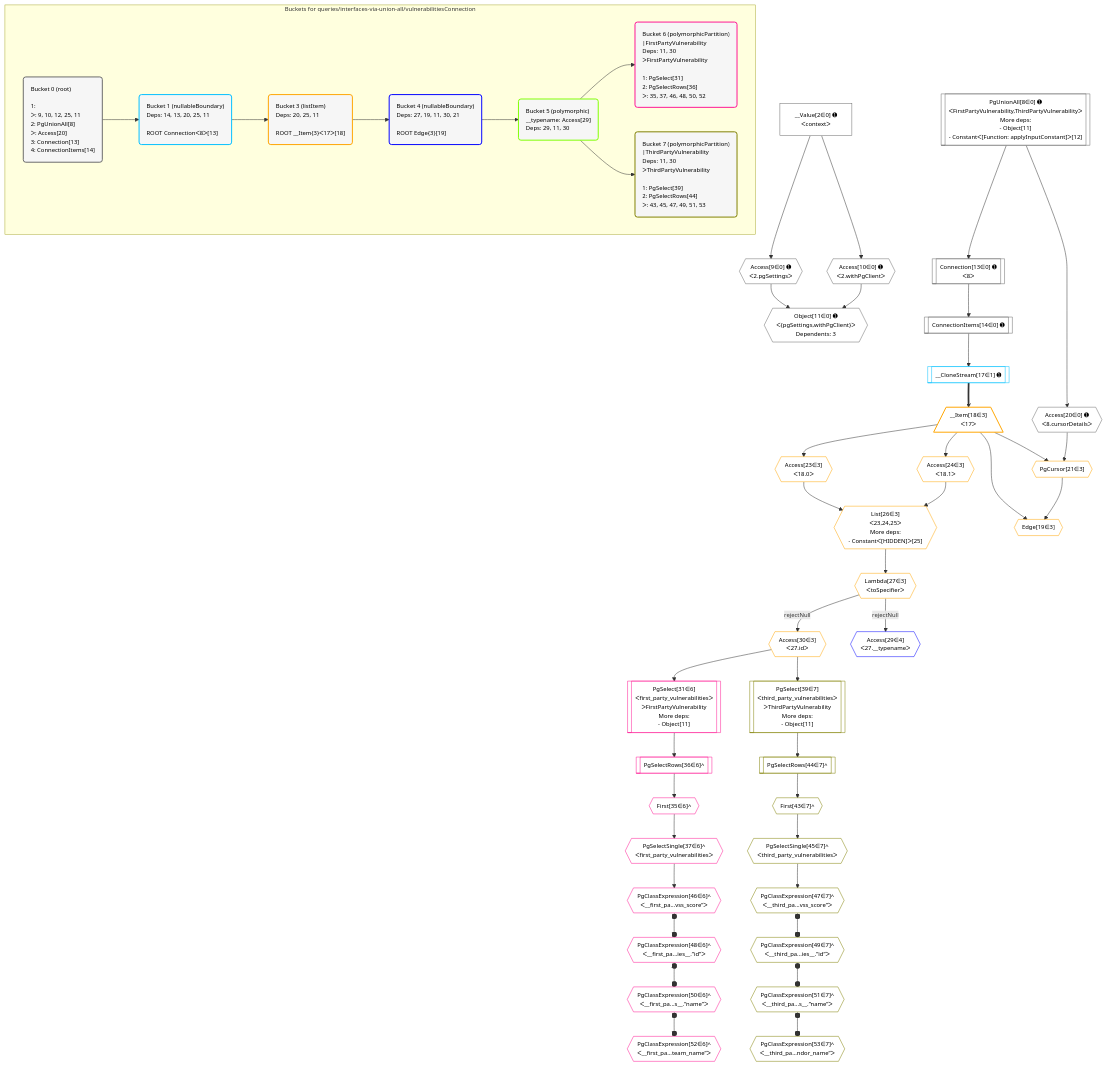
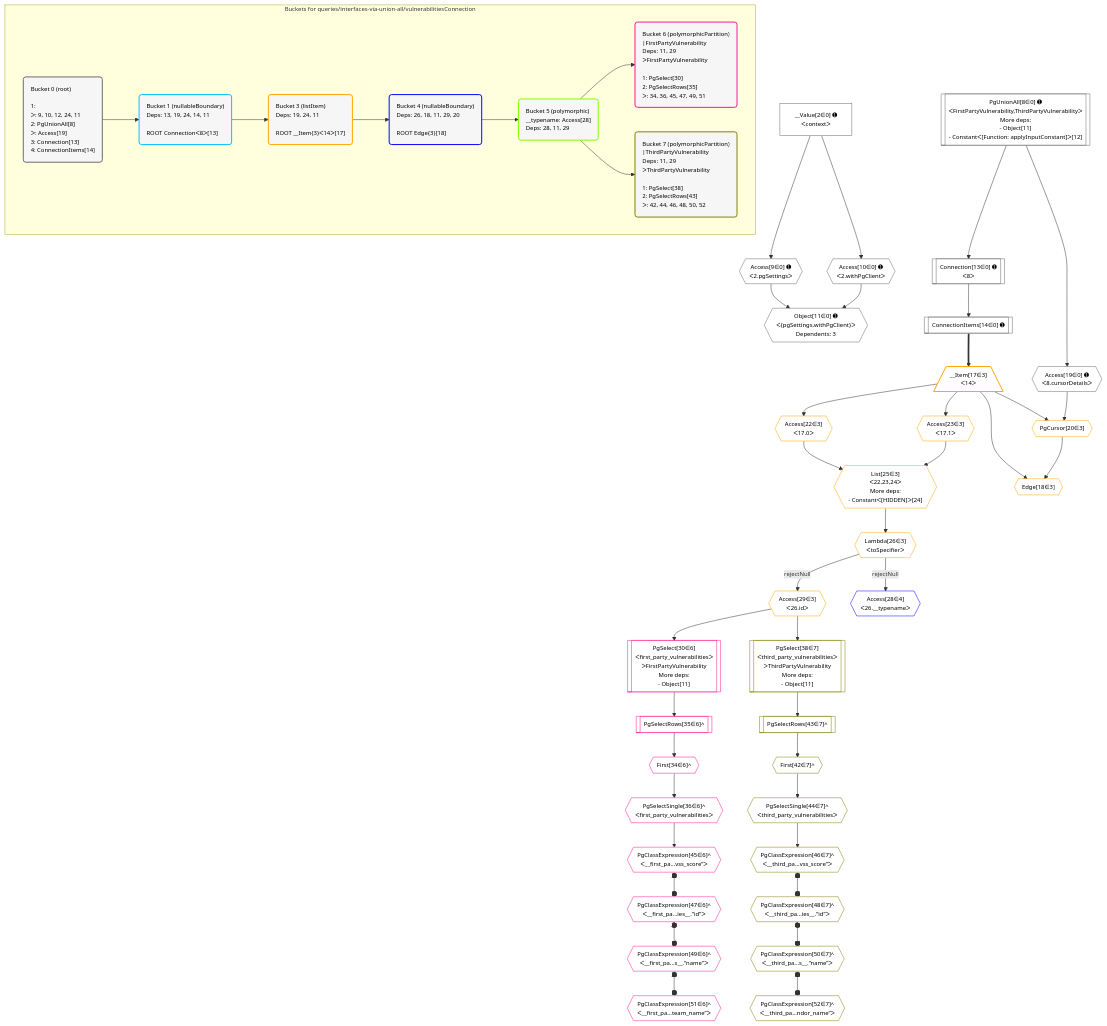
One commit to benjaie/crystal changed the diagram in grafast/dataplan-pg/__tests__/queries/interfaces-via-union-all/vulnerabilitiesConnection.mermaid. Above: the diagram before and after it, drawn with Mermaid. The commit also changed 295 other files, not shown here.

```diff
--- a/grafast/dataplan-pg/__tests__/queries/interfaces-via-union-all/vulnerabilitiesConnection.mermaid
+++ b/grafast/dataplan-pg/__tests__/queries/interfaces-via-union-all/vulnerabilitiesConnection.mermaid
@@ -1,107 +1,105 @@
 %%{init: {'themeVariables': { 'fontSize': '12px'}}}%%
 graph TD
     classDef path fill:#eee,stroke:#000,color:#000
     classDef plan fill:#fff,stroke-width:1px,color:#000
     classDef itemplan fill:#fff,stroke-width:2px,color:#000
     classDef unbatchedplan fill:#dff,stroke-width:1px,color:#000
     classDef sideeffectplan fill:#fcc,stroke-width:2px,color:#000
     classDef bucket fill:#f6f6f6,color:#000,stroke-width:2px,text-align:left
 
     subgraph "Buckets for queries/interfaces-via-union-all/vulnerabilitiesConnection"
-    Bucket0("Bucket 0 (root)<br /><br />1: <br />ᐳ: 9, 10, 12, 25, 11<br />2: PgUnionAll[8]<br />ᐳ: Access[20]<br />3: Connection[13]<br />4: ConnectionItems[14]"):::bucket
-    Bucket1("Bucket 1 (nullableBoundary)<br />Deps: 14, 13, 20, 25, 11<br /><br />ROOT Connectionᐸ8ᐳ[13]"):::bucket
-    Bucket3("Bucket 3 (listItem)<br />Deps: 20, 25, 11<br /><br />ROOT __Item{3}ᐸ17ᐳ[18]"):::bucket
-    Bucket4("Bucket 4 (nullableBoundary)<br />Deps: 27, 19, 11, 30, 21<br /><br />ROOT Edge{3}[19]"):::bucket
-    Bucket5("Bucket 5 (polymorphic)<br />__typename: Access[29]<br />Deps: 29, 11, 30"):::bucket
-    Bucket6("Bucket 6 (polymorphicPartition)<br />|FirstPartyVulnerability<br />Deps: 11, 30<br />ᐳFirstPartyVulnerability<br /><br />1: PgSelect[31]<br />2: PgSelectRows[36]<br />ᐳ: 35, 37, 46, 48, 50, 52"):::bucket
-    Bucket7("Bucket 7 (polymorphicPartition)<br />|ThirdPartyVulnerability<br />Deps: 11, 30<br />ᐳThirdPartyVulnerability<br /><br />1: PgSelect[39]<br />2: PgSelectRows[44]<br />ᐳ: 43, 45, 47, 49, 51, 53"):::bucket
+    Bucket0("Bucket 0 (root)<br /><br />1: <br />ᐳ: 9, 10, 12, 24, 11<br />2: PgUnionAll[8]<br />ᐳ: Access[19]<br />3: Connection[13]<br />4: ConnectionItems[14]"):::bucket
+    Bucket1("Bucket 1 (nullableBoundary)<br />Deps: 13, 19, 24, 14, 11<br /><br />ROOT Connectionᐸ8ᐳ[13]"):::bucket
+    Bucket3("Bucket 3 (listItem)<br />Deps: 19, 24, 11<br /><br />ROOT __Item{3}ᐸ14ᐳ[17]"):::bucket
+    Bucket4("Bucket 4 (nullableBoundary)<br />Deps: 26, 18, 11, 29, 20<br /><br />ROOT Edge{3}[18]"):::bucket
+    Bucket5("Bucket 5 (polymorphic)<br />__typename: Access[28]<br />Deps: 28, 11, 29"):::bucket
+    Bucket6("Bucket 6 (polymorphicPartition)<br />|FirstPartyVulnerability<br />Deps: 11, 29<br />ᐳFirstPartyVulnerability<br /><br />1: PgSelect[30]<br />2: PgSelectRows[35]<br />ᐳ: 34, 36, 45, 47, 49, 51"):::bucket
+    Bucket7("Bucket 7 (polymorphicPartition)<br />|ThirdPartyVulnerability<br />Deps: 11, 29<br />ᐳThirdPartyVulnerability<br /><br />1: PgSelect[38]<br />2: PgSelectRows[43]<br />ᐳ: 42, 44, 46, 48, 50, 52"):::bucket
     end
     Bucket0 --> Bucket1
     Bucket1 --> Bucket3
     Bucket3 --> Bucket4
     Bucket4 --> Bucket5
     Bucket5 --> Bucket6 & Bucket7
 
     %% plan dependencies
     PgUnionAll8[["PgUnionAll[8∈0] ➊<br />ᐸFirstPartyVulnerability,ThirdPartyVulnerabilityᐳ<br />More deps:<br />- Object[11]<br />- Constantᐸ[Function: applyInputConstant]ᐳ[12]"]]:::plan
     Object11{{"Object[11∈0] ➊<br />ᐸ{pgSettings,withPgClient}ᐳ<br />Dependents: 3"}}:::plan
     Access9{{"Access[9∈0] ➊<br />ᐸ2.pgSettingsᐳ"}}:::plan
     Access10{{"Access[10∈0] ➊<br />ᐸ2.withPgClientᐳ"}}:::plan
     Access9 & Access10 --> Object11
     __Value2["__Value[2∈0] ➊<br />ᐸcontextᐳ"]:::plan
     __Value2 --> Access9
     __Value2 --> Access10
     Connection13[["Connection[13∈0] ➊<br />ᐸ8ᐳ"]]:::plan
     PgUnionAll8 --> Connection13
     ConnectionItems14[["ConnectionItems[14∈0] ➊"]]:::plan
     Connection13 --> ConnectionItems14
-    Access20{{"Access[20∈0] ➊<br />ᐸ8.cursorDetailsᐳ"}}:::plan
-    PgUnionAll8 --> Access20
-    __CloneStream17[["__CloneStream[17∈1] ➊"]]:::plan
-    ConnectionItems14 --> __CloneStream17
-    List26{{"List[26∈3]<br />ᐸ23,24,25ᐳ<br />More deps:<br />- Constantᐸ[HIDDEN]ᐳ[25]"}}:::plan
-    Access23{{"Access[23∈3]<br />ᐸ18.0ᐳ"}}:::plan
-    Access24{{"Access[24∈3]<br />ᐸ18.1ᐳ"}}:::plan
-    Access23 & Access24 --> List26
-    Edge19{{"Edge[19∈3]"}}:::plan
-    __Item18[/"__Item[18∈3]<br />ᐸ17ᐳ"\]:::itemplan
-    PgCursor21{{"PgCursor[21∈3]"}}:::plan
-    __Item18 & PgCursor21 --> Edge19
-    __Item18 & Access20 --> PgCursor21
-    __CloneStream17 ==> __Item18
-    __Item18 --> Access23
-    __Item18 --> Access24
-    Lambda27{{"Lambda[27∈3]<br />ᐸtoSpecifierᐳ"}}:::plan
-    List26 --> Lambda27
-    Access30{{"Access[30∈3]<br />ᐸ27.idᐳ"}}:::plan
-    Lambda27 -->|rejectNull| Access30
-    Access29{{"Access[29∈4]<br />ᐸ27.__typenameᐳ"}}:::plan
-    Lambda27 -->|rejectNull| Access29
-    PgSelect31[["PgSelect[31∈6]<br />ᐸfirst_party_vulnerabilitiesᐳ<br />ᐳFirstPartyVulnerability<br />More deps:<br />- Object[11]"]]:::plan
-    Access30 --> PgSelect31
-    First35{{"First[35∈6]^"}}:::plan
-    PgSelectRows36[["PgSelectRows[36∈6]^"]]:::plan
-    PgSelectRows36 --> First35
-    PgSelect31 --> PgSelectRows36
-    PgSelectSingle37{{"PgSelectSingle[37∈6]^<br />ᐸfirst_party_vulnerabilitiesᐳ"}}:::plan
-    First35 --> PgSelectSingle37
-    PgClassExpression46{{"PgClassExpression[46∈6]^<br />ᐸ__first_pa...vss_score”ᐳ"}}:::plan
-    PgSelectSingle37 --> PgClassExpression46
-    PgClassExpression48{{"PgClassExpression[48∈6]^<br />ᐸ__first_pa...ies__.”id”ᐳ"}}:::plan
+    Access19{{"Access[19∈0] ➊<br />ᐸ8.cursorDetailsᐳ"}}:::plan
+    PgUnionAll8 --> Access19
+    List25{{"List[25∈3]<br />ᐸ22,23,24ᐳ<br />More deps:<br />- Constantᐸ[HIDDEN]ᐳ[24]"}}:::plan
+    Access22{{"Access[22∈3]<br />ᐸ17.0ᐳ"}}:::plan
+    Access23{{"Access[23∈3]<br />ᐸ17.1ᐳ"}}:::plan
+    Access22 & Access23 --> List25
+    Edge18{{"Edge[18∈3]"}}:::plan
+    __Item17[/"__Item[17∈3]<br />ᐸ14ᐳ"\]:::itemplan
+    PgCursor20{{"PgCursor[20∈3]"}}:::plan
+    __Item17 & PgCursor20 --> Edge18
+    __Item17 & Access19 --> PgCursor20
+    ConnectionItems14 ==> __Item17
+    __Item17 --> Access22
+    __Item17 --> Access23
+    Lambda26{{"Lambda[26∈3]<br />ᐸtoSpecifierᐳ"}}:::plan
+    List25 --> Lambda26
+    Access29{{"Access[29∈3]<br />ᐸ26.idᐳ"}}:::plan
+    Lambda26 -->|rejectNull| Access29
+    Access28{{"Access[28∈4]<br />ᐸ26.__typenameᐳ"}}:::plan
+    Lambda26 -->|rejectNull| Access28
+    PgSelect30[["PgSelect[30∈6]<br />ᐸfirst_party_vulnerabilitiesᐳ<br />ᐳFirstPartyVulnerability<br />More deps:<br />- Object[11]"]]:::plan
+    Access29 --> PgSelect30
+    First34{{"First[34∈6]^"}}:::plan
+    PgSelectRows35[["PgSelectRows[35∈6]^"]]:::plan
+    PgSelectRows35 --> First34
+    PgSelect30 --> PgSelectRows35
+    PgSelectSingle36{{"PgSelectSingle[36∈6]^<br />ᐸfirst_party_vulnerabilitiesᐳ"}}:::plan
+    First34 --> PgSelectSingle36
+    PgClassExpression45{{"PgClassExpression[45∈6]^<br />ᐸ__first_pa...vss_score”ᐳ"}}:::plan
+    PgSelectSingle36 --> PgClassExpression45
+    PgClassExpression47{{"PgClassExpression[47∈6]^<br />ᐸ__first_pa...ies__.”id”ᐳ"}}:::plan
+    PgClassExpression45 o--o PgClassExpression47
+    PgClassExpression49{{"PgClassExpression[49∈6]^<br />ᐸ__first_pa...s__.”name”ᐳ"}}:::plan
+    PgClassExpression47 o--o PgClassExpression49
+    PgClassExpression51{{"PgClassExpression[51∈6]^<br />ᐸ__first_pa...team_name”ᐳ"}}:::plan
+    PgClassExpression49 o--o PgClassExpression51
+    PgSelect38[["PgSelect[38∈7]<br />ᐸthird_party_vulnerabilitiesᐳ<br />ᐳThirdPartyVulnerability<br />More deps:<br />- Object[11]"]]:::plan
+    Access29 --> PgSelect38
+    First42{{"First[42∈7]^"}}:::plan
+    PgSelectRows43[["PgSelectRows[43∈7]^"]]:::plan
+    PgSelectRows43 --> First42
+    PgSelect38 --> PgSelectRows43
+    PgSelectSingle44{{"PgSelectSingle[44∈7]^<br />ᐸthird_party_vulnerabilitiesᐳ"}}:::plan
+    First42 --> PgSelectSingle44
+    PgClassExpression46{{"PgClassExpression[46∈7]^<br />ᐸ__third_pa...vss_score”ᐳ"}}:::plan
+    PgSelectSingle44 --> PgClassExpression46
+    PgClassExpression48{{"PgClassExpression[48∈7]^<br />ᐸ__third_pa...ies__.”id”ᐳ"}}:::plan
     PgClassExpression46 o--o PgClassExpression48
-    PgClassExpression50{{"PgClassExpression[50∈6]^<br />ᐸ__first_pa...s__.”name”ᐳ"}}:::plan
+    PgClassExpression50{{"PgClassExpression[50∈7]^<br />ᐸ__third_pa...s__.”name”ᐳ"}}:::plan
     PgClassExpression48 o--o PgClassExpression50
-    PgClassExpression52{{"PgClassExpression[52∈6]^<br />ᐸ__first_pa...team_name”ᐳ"}}:::plan
+    PgClassExpression52{{"PgClassExpression[52∈7]^<br />ᐸ__third_pa...ndor_name”ᐳ"}}:::plan
     PgClassExpression50 o--o PgClassExpression52
-    PgSelect39[["PgSelect[39∈7]<br />ᐸthird_party_vulnerabilitiesᐳ<br />ᐳThirdPartyVulnerability<br />More deps:<br />- Object[11]"]]:::plan
-    Access30 --> PgSelect39
-    First43{{"First[43∈7]^"}}:::plan
-    PgSelectRows44[["PgSelectRows[44∈7]^"]]:::plan
-    PgSelectRows44 --> First43
-    PgSelect39 --> PgSelectRows44
-    PgSelectSingle45{{"PgSelectSingle[45∈7]^<br />ᐸthird_party_vulnerabilitiesᐳ"}}:::plan
-    First43 --> PgSelectSingle45
-    PgClassExpression47{{"PgClassExpression[47∈7]^<br />ᐸ__third_pa...vss_score”ᐳ"}}:::plan
-    PgSelectSingle45 --> PgClassExpression47
-    PgClassExpression49{{"PgClassExpression[49∈7]^<br />ᐸ__third_pa...ies__.”id”ᐳ"}}:::plan
-    PgClassExpression47 o--o PgClassExpression49
-    PgClassExpression51{{"PgClassExpression[51∈7]^<br />ᐸ__third_pa...s__.”name”ᐳ"}}:::plan
-    PgClassExpression49 o--o PgClassExpression51
-    PgClassExpression53{{"PgClassExpression[53∈7]^<br />ᐸ__third_pa...ndor_name”ᐳ"}}:::plan
-    PgClassExpression51 o--o PgClassExpression53
 
     %% define steps
     classDef bucket0 stroke:#696969
-    class Bucket0,__Value2,PgUnionAll8,Access9,Access10,Object11,Connection13,ConnectionItems14,Access20 bucket0
+    class Bucket0,__Value2,PgUnionAll8,Access9,Access10,Object11,Connection13,ConnectionItems14,Access19 bucket0
     classDef bucket1 stroke:#00bfff
-    class Bucket1,__CloneStream17 bucket1
+    class Bucket1 bucket1
     classDef bucket3 stroke:#ffa500
-    class Bucket3,__Item18,Edge19,PgCursor21,Access23,Access24,List26,Lambda27,Access30 bucket3
+    class Bucket3,__Item17,Edge18,PgCursor20,Access22,Access23,List25,Lambda26,Access29 bucket3
     classDef bucket4 stroke:#0000ff
-    class Bucket4,Access29 bucket4
+    class Bucket4,Access28 bucket4
     classDef bucket5 stroke:#7fff00
     class Bucket5 bucket5
     classDef bucket6 stroke:#ff1493
-    class Bucket6,PgSelect31,First35,PgSelectRows36,PgSelectSingle37,PgClassExpression46,PgClassExpression48,PgClassExpression50,PgClassExpression52 bucket6
+    class Bucket6,PgSelect30,First34,PgSelectRows35,PgSelectSingle36,PgClassExpression45,PgClassExpression47,PgClassExpression49,PgClassExpression51 bucket6
     classDef bucket7 stroke:#808000
-    class Bucket7,PgSelect39,First43,PgSelectRows44,PgSelectSingle45,PgClassExpression47,PgClassExpression49,PgClassExpression51,PgClassExpression53 bucket7
+    class Bucket7,PgSelect38,First42,PgSelectRows43,PgSelectSingle44,PgClassExpression46,PgClassExpression48,PgClassExpression50,PgClassExpression52 bucket7
```
